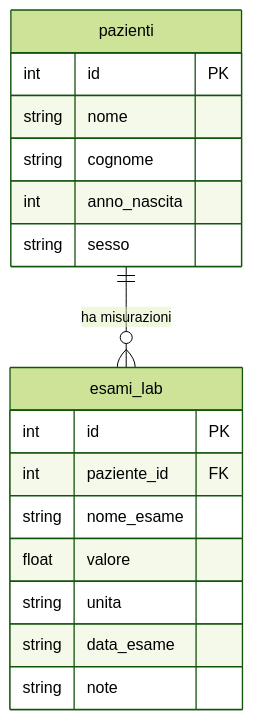
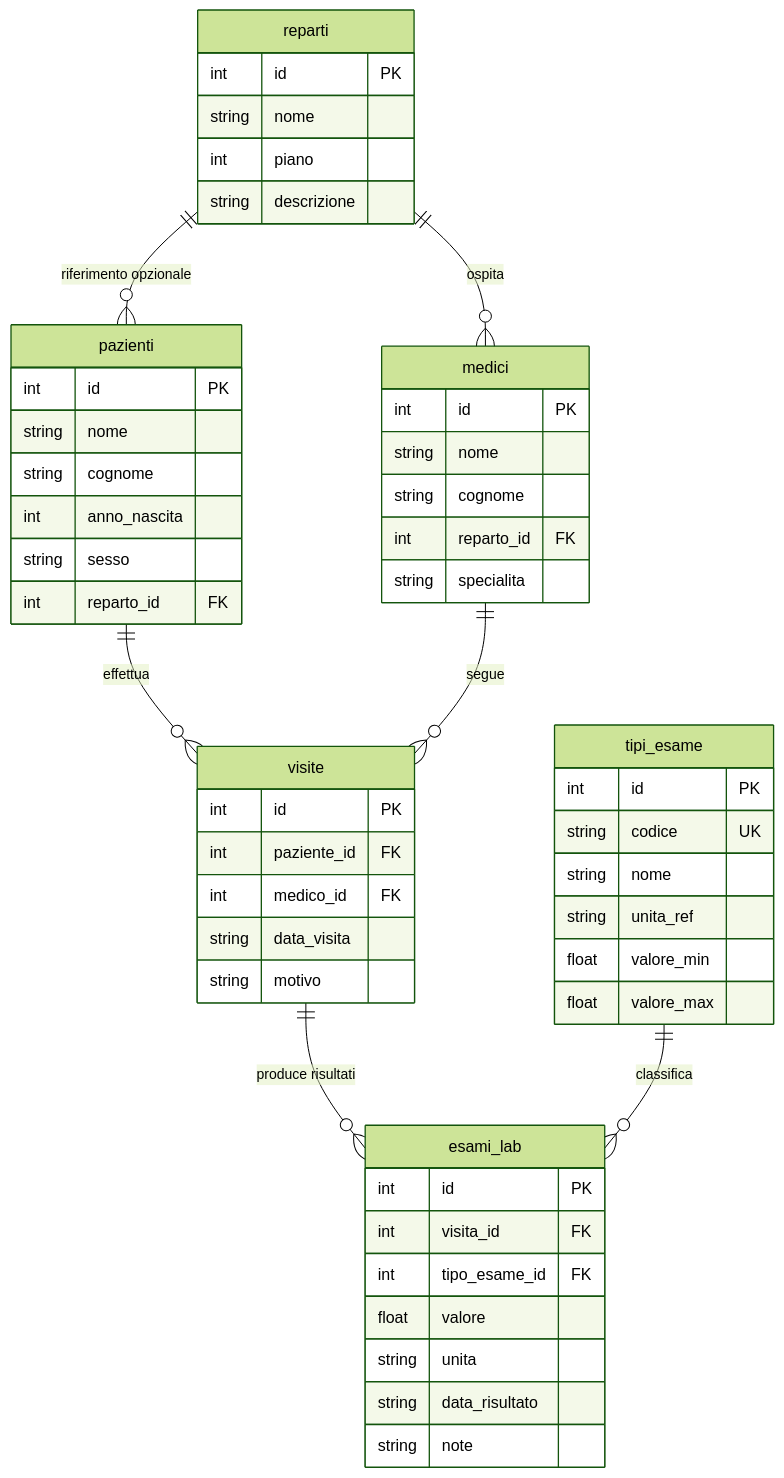
One commit to lucadagati/Lab_Fondamenti_di_Informatica_25_26 changed the first of 6 diagrams in 07-matlab-sqlite-database/README.md. Above: the diagram before and after it, drawn with Mermaid (forest theme). The commit also changed other lines of this file and 11 other files, not shown here.

First line of the commit message:
Lab 07: schema SQLite esteso a sei tabelle (LIS didattico)

````diff
--- a/07-matlab-sqlite-database/README.md
+++ b/07-matlab-sqlite-database/README.md
@@ -156,20 +166,54 @@
 ```mermaid
 erDiagram
-    pazienti ||--o{ esami_lab : "ha misurazioni"
+    reparti ||--o{ medici : "ospita"
+    reparti ||--o{ pazienti : "riferimento opzionale"
+    pazienti ||--o{ visite : "effettua"
+    medici ||--o{ visite : "segue"
+    visite ||--o{ esami_lab : "produce risultati"
+    tipi_esame ||--o{ esami_lab : "classifica"
+    reparti {
+        int id PK
+        string nome
+        int piano
+        string descrizione
+    }
+    medici {
+        int id PK
+        string nome
+        string cognome
+        int reparto_id FK
+        string specialita
+    }
     pazienti {
         int id PK
         string nome
         string cognome
         int anno_nascita
         string sesso
+        int reparto_id FK
+    }
+    tipi_esame {
+        int id PK
+        string codice UK
+        string nome
+        string unita_ref
+        float valore_min
+        float valore_max
+    }
+    visite {
+        int id PK
+        int paziente_id FK
+        int medico_id FK
+        string data_visita
+        string motivo
     }
     esami_lab {
         int id PK
-        int paziente_id FK
-        string nome_esame
+        int visita_id FK
+        int tipo_esame_id FK
         float valore
         string unita
-        string data_esame
+        string data_risultato
         string note
     }
 ```
````
